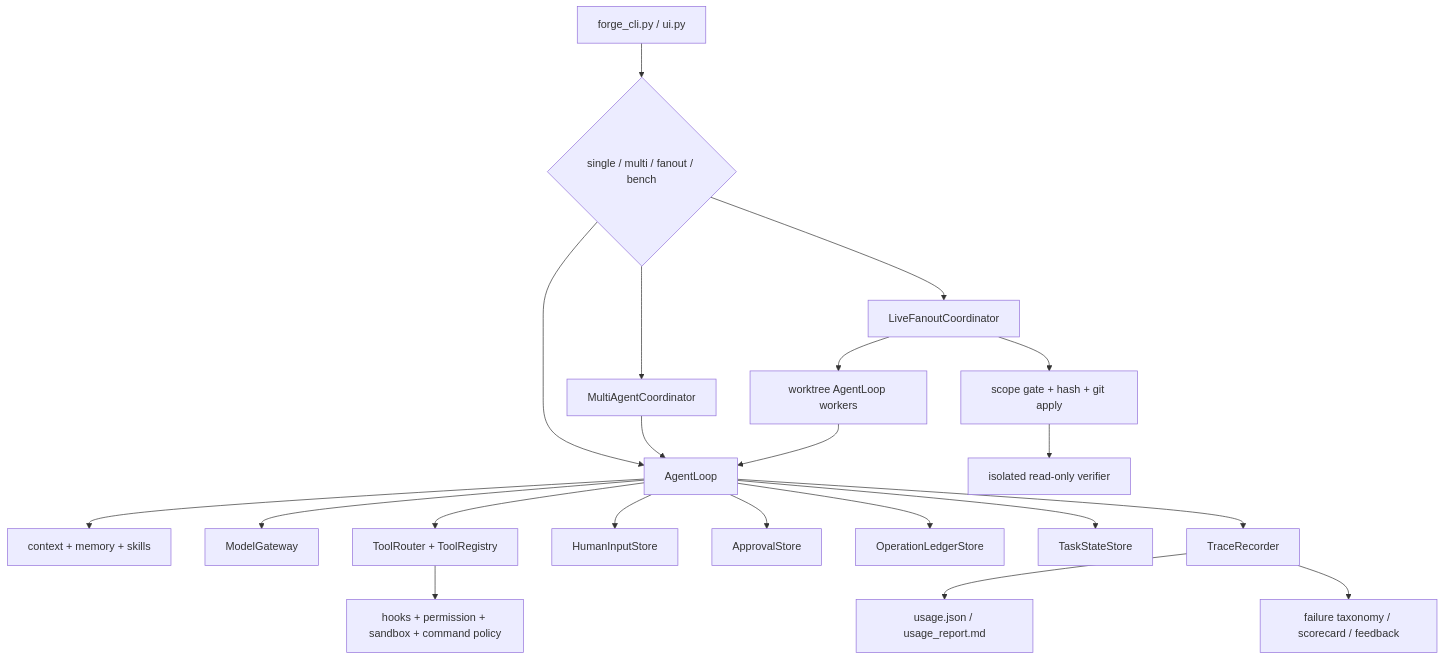
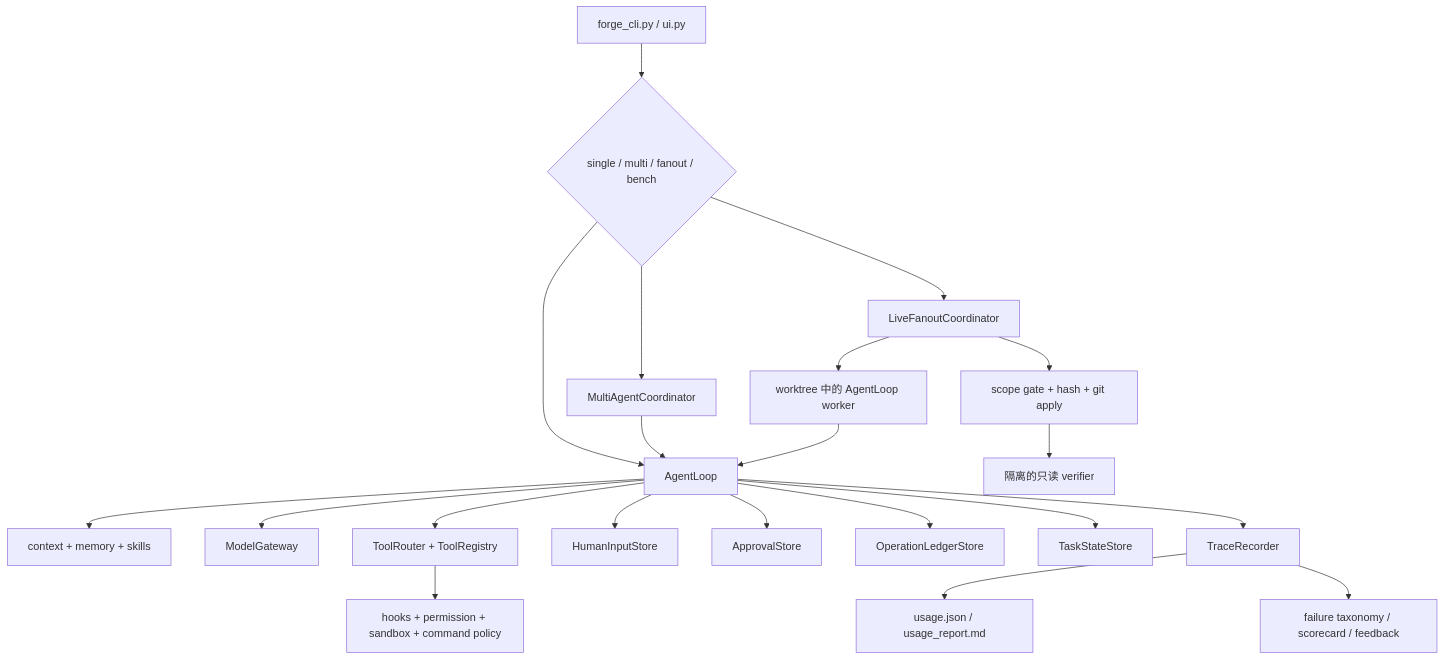
The diagram in docs/guides/runtime-learning-path.md (semi-hollow/NanoHarness), drawn with Mermaid before and after one commit. The commit also changed other lines of this file and 24 other files, not shown here.

````diff
--- a/docs/guides/runtime-learning-path.md
+++ b/docs/guides/runtime-learning-path.md
@@ -31,23 +29,23 @@
 ```mermaid
 flowchart TD
     Entry["forge_cli.py / ui.py"] --> Mode{"single / multi / fanout / bench"}
     Mode --> Loop["AgentLoop"]
     Mode --> Roles["MultiAgentCoordinator"]
     Mode --> Fanout["LiveFanoutCoordinator"]
     Roles --> Loop
-    Fanout --> Workers["worktree AgentLoop workers"]
+    Fanout --> Workers["worktree 中的 AgentLoop worker"]
     Workers --> Loop
     Loop --> Context["context + memory + skills"]
     Loop --> Model["ModelGateway"]
     Loop --> Router["ToolRouter + ToolRegistry"]
     Router --> Safety["hooks + permission + sandbox + command policy"]
     Loop --> Human["HumanInputStore"]
     Loop --> Approval["ApprovalStore"]
     Loop --> Ledger["OperationLedgerStore"]
     Loop --> State["TaskStateStore"]
     Loop --> Trace["TraceRecorder"]
     Fanout --> Merge["scope gate + hash + git apply"]
-    Merge --> Finalizer["isolated read-only verifier"]
+    Merge --> Finalizer["隔离的只读 verifier"]
     Trace --> Usage["usage.json / usage_report.md"]
     Trace --> Eval["failure taxonomy / scorecard / feedback"]
 ```
````
